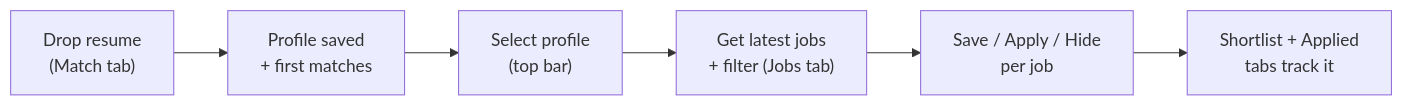
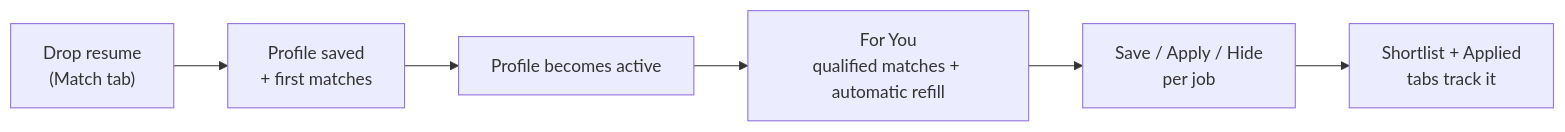
Before and after one commit to sciencephalonai/jobscout: the diagram in docs/user-guide.md, drawn with Mermaid. The commit also changed other lines of this file and 148 other files, not shown here.

````diff
--- a/docs/user-guide.md
+++ b/docs/user-guide.md
@@ -10,8 +10,8 @@
 ```mermaid
 flowchart LR
     A["Drop resume<br/>(Match tab)"] --> B["Profile saved<br/>+ first matches"]
-    B --> C["Select profile<br/>(top bar)"]
-    C --> D["Get latest jobs<br/>+ filter (Jobs tab)"]
+    B --> C["Profile becomes active"]
+    C --> D["For You<br/>qualified matches + automatic refill"]
     D --> E["Save / Apply / Hide<br/>per job"]
     E --> F["Shortlist + Applied<br/>tabs track it"]
 ```
````
